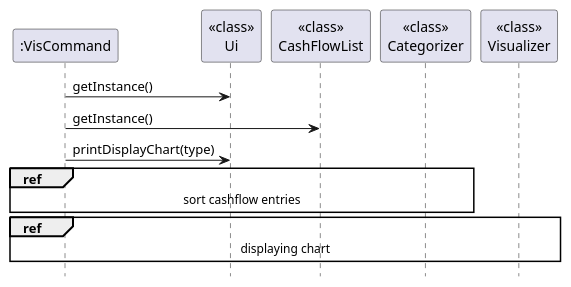
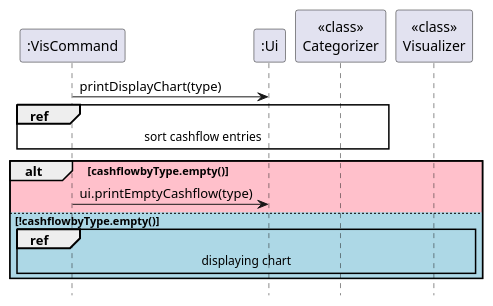
One commit to nus-cs2113-AY2324S1/tp changed the diagram in docs/diagrams/vis/visualisationSequence.puml. Above: the diagram before and after it, drawn with PlantUML. The commit also changed 3 other files, not shown here.

Commit message:
Fix UML seq diagram

```diff
--- a/docs/diagrams/vis/visualisationSequence.puml
+++ b/docs/diagrams/vis/visualisationSequence.puml
@@ -1,21 +1,25 @@
 @startuml
 
 participant ":VisCommand"
-participant "<<class>>\nUi"
-participant "<<class>>\nCashFlowList"
+participant ":Ui"
 participant "<<class>>\nCategorizer"
 participant "<<class>>\nVisualizer"
 
-":VisCommand"-> "<<class>>\nUi": getInstance()
-
-":VisCommand"-> "<<class>>\nCashFlowList": getInstance()
-
-":VisCommand"-> "<<class>>\nUi": printDisplayChart(type)
+":VisCommand"-> ":Ui": printDisplayChart(type)
 
 ref over "<<class>>\nCategorizer", ":VisCommand" : sort cashflow entries
 
-ref over "<<class>>\nVisualizer", ":VisCommand": displaying chart
+alt #Pink cashflowbyType.empty()
+
+    ":VisCommand" -> ":Ui" : ui.printEmptyCashflow(type)
+
+else #LightBlue !cashflowbyType.empty()
+
+    ref over "<<class>>\nVisualizer", ":VisCommand": displaying chart
+
+end
+
 
 hide footbox
 
 @enduml
```
